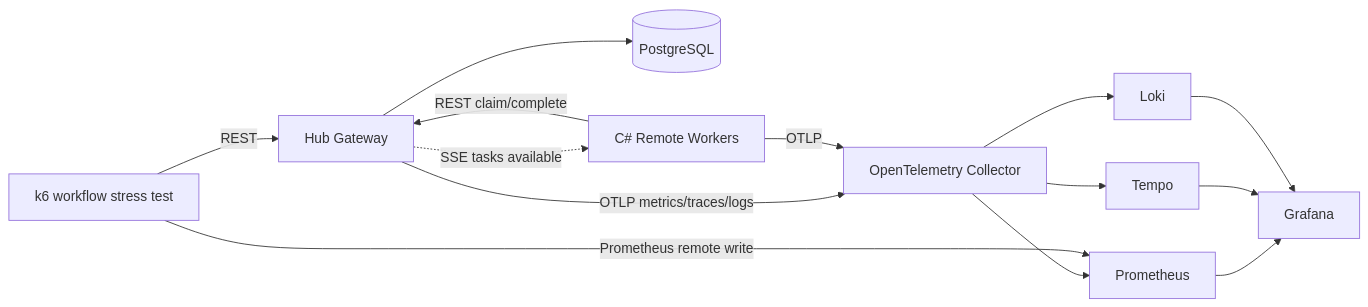
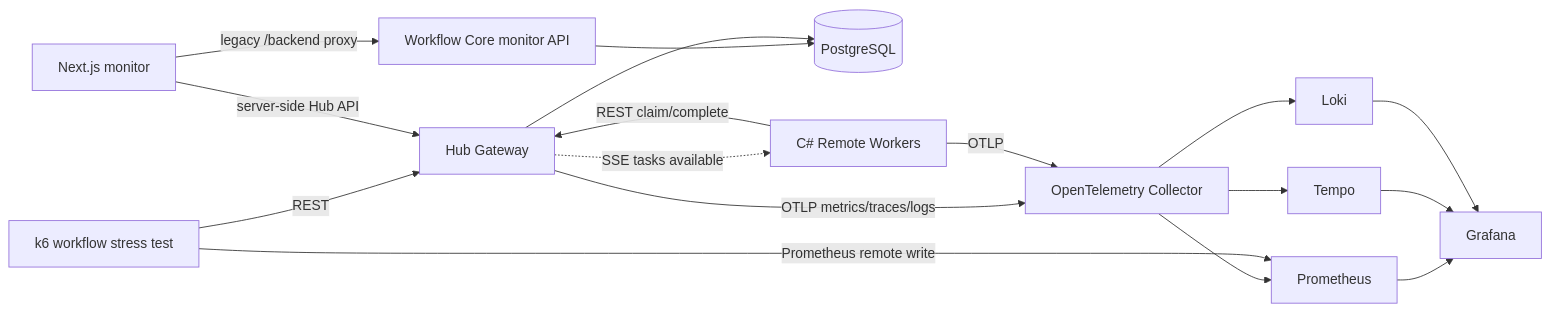
The diagram in scaling/observability/README.md (thanhhaictld/workflow-core), drawn with Mermaid before and after one commit. The commit also changed other lines of this file, not shown here.

Commit message:
docs(monitor): include Next.js and legacy monitoring API in Compose architecture and runbook

```diff
--- a/scaling/observability/README.md
+++ b/scaling/observability/README.md
@@ -9,16 +9,19 @@
 ~~~mermaid
 flowchart LR
   K6["k6 workflow stress test"] -->|REST| H["Hub Gateway"]
+  UI["Next.js monitor"] -->|server-side Hub API| H
+  UI -->|legacy /backend proxy| API["Workflow Core monitor API"]
+  API --> P
   H --> P[("PostgreSQL")]
   H -. SSE tasks available .-> W["C# Remote Workers"]
   W -->|REST claim/complete| H
   H -->|OTLP metrics/traces/logs| O["OpenTelemetry Collector"]
   W -->|OTLP| O
   O --> M["Prometheus"]
   O --> T["Tempo"]
   O --> L["Loki"]
   K6 -->|Prometheus remote write| M
   M --> G["Grafana"]
   T --> G
   L --> G
 ~~~
```
